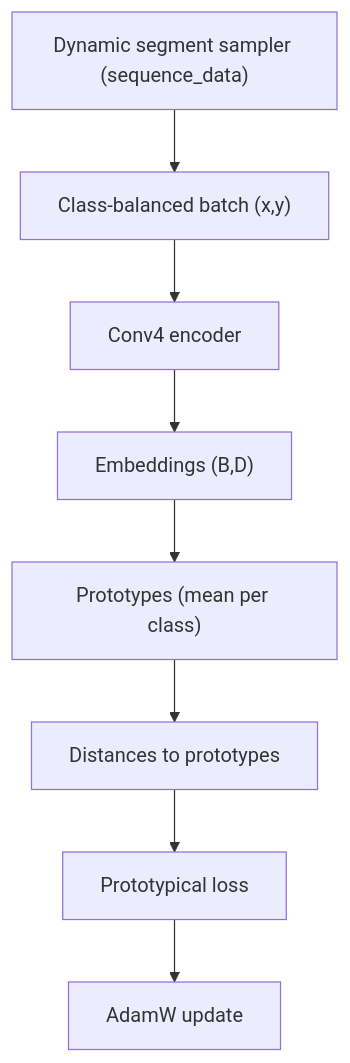
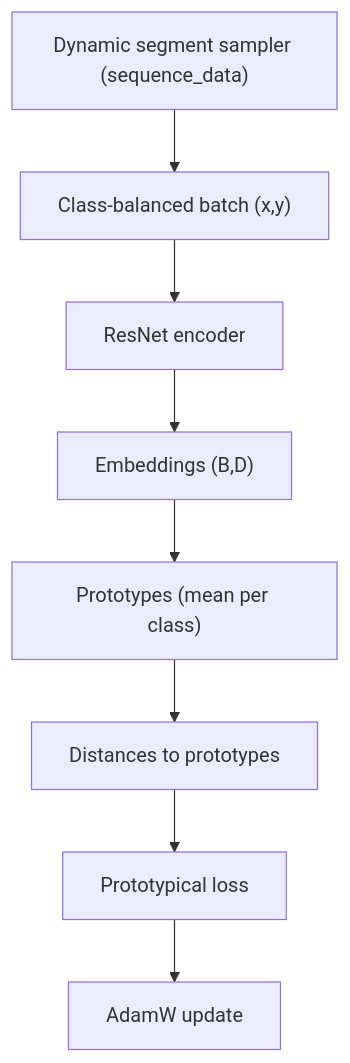
Before and after one commit to nnayz/uhh_project_dsai: the second of 2 diagrams in archs/v1/ARCHITECTURE.md, drawn with Mermaid. The commit also changed other lines of this file and 600 other files, not shown here.

````diff
--- a/archs/v1/ARCHITECTURE.md
+++ b/archs/v1/ARCHITECTURE.md
@@ -40,10 +29,10 @@
 ```mermaid
 flowchart TD
     Data["Dynamic segment sampler (sequence_data)"] --> Batch["Class-balanced batch (x,y)"]
-    Batch --> Enc["Conv4 encoder"]
+    Batch --> Enc["ResNet encoder"]
     Enc --> Emb["Embeddings (B,D)"]
     Emb --> Proto["Prototypes (mean per class)"]
     Proto --> Dist["Distances to prototypes"]
     Dist --> Loss["Prototypical loss"]
     Loss --> Opt["AdamW update"]
 ```
````
